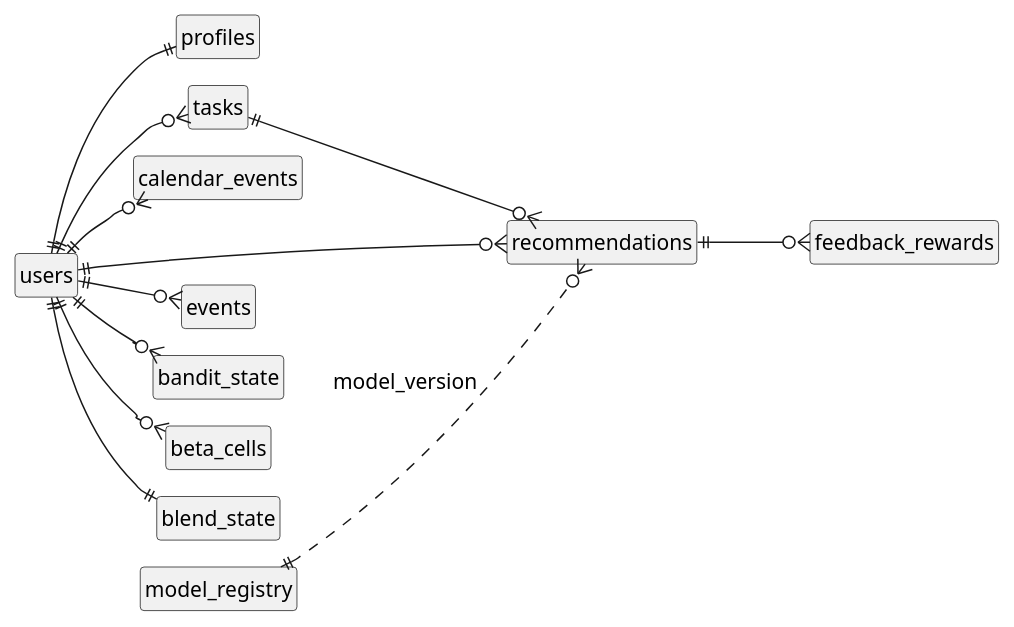
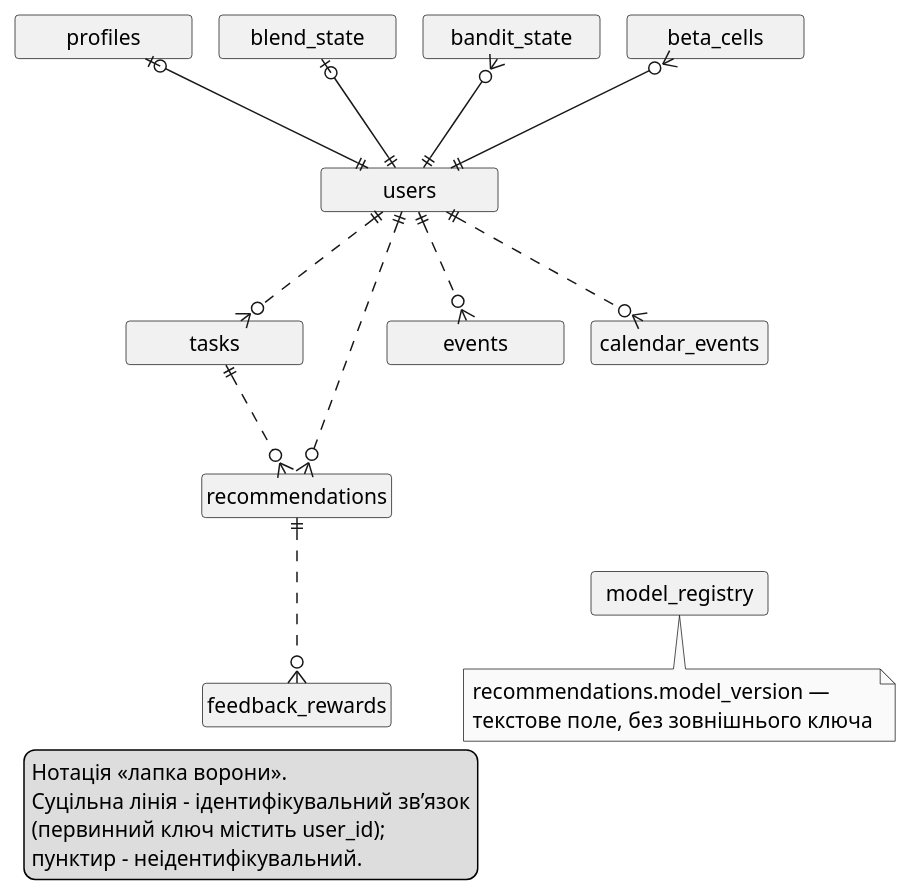
The diagram in docs/thesis/text/diagrams/3-2-er.puml (IKala4I/magister_work), drawn with PlantUML before and after one commit. The commit also changed 17 other files, not shown here.

```diff
--- a/docs/thesis/text/diagrams/3-2-er.puml
+++ b/docs/thesis/text/diagrams/3-2-er.puml
@@ -1,44 +1,62 @@
 @startuml
-' Рисунок 3.2 — Логічна схема бази даних системи (ER-діаграма).
+' Рисунок 3.2 — Схема зв'язків основних таблиць бази даних (нотація «лапка ворони»).
 ' Правило власника (2026-09-29): лише сутності й зв'язки, без полів, не більше, ніж описує текст.
 ' Сутності — перелік підрозділу 3.4; зв'язки — дослівно з тексту плейсхолдера рисунка 3.2. Текст
 ' виправлено за схемою бази (власник, 2026-09-29): стан моделей — три таблиці bandit_state,
 ' beta_cells, blend_state; профіль — profiles. Кардинальності звірено з міграціями: profiles і
 ' blend_state мають ключ user_id (1:1), bandit_state — (user_id, category), beta_cells — комірки
 ' (1:N). recommendations.model_version — текстове поле без зовнішнього ключа, тому пунктир.
 ' PlantUML, а не Mermaid: у Mermaid ребро recommendations — feedback_rewards виходило таким
 ' коротким, що знаки кратності на його кінцях накладалися (адверсарний прохід, 2026-09-29);
 ' тут довжину ребра задає кількість рисок.
+' 2026-11-12 (зовнішня рецензія, звірено з міграціями): profiles і blend_state — 0..1 (рядок
+' з'являється з першою синхронізацією, не з реєстрацією); суцільна лінія — ідентифікувальний зв'язок
+' (первинний ключ містить user_id: profiles, blend_state, bandit_state, beta_cells), пунктир —
+' неідентифікувальний (власний id); model_version — текстове поле без зовнішнього ключа, тому
+' примітка, а не лінія. Лінії від users — у чотири боки, щоб позначки кратності не зливалися.
 !pragma layout smetana
 skinparam defaultFontSize 14
 skinparam defaultFontName Arial
 skinparam monochrome true
 skinparam shadowing false
+skinparam minClassWidth 118
+skinparam nodesep 18
+skinparam ranksep 60
 hide circle
 hide empty members
-left to right direction
+top to bottom direction
 
-entity users
 entity profiles
+entity blend_state
+entity bandit_state
+entity beta_cells
+entity "users" as users
 entity tasks
-entity calendar_events
 entity recommendations
 entity events
+entity calendar_events
 entity feedback_rewards
-entity bandit_state
-entity beta_cells
-entity blend_state
 entity model_registry
 
-users ||--|| profiles
-users ||--o{ tasks
-users ||--o{ recommendations
-tasks ||--o{ recommendations
-recommendations ||---o{ feedback_rewards
-users ||--o{ bandit_state
-users ||--o{ beta_cells
-users ||--|| blend_state
-users ||--o{ events
-users ||--o{ calendar_events
-model_registry ||..o{ recommendations : model_version
+profiles |o---|| users
+blend_state |o---|| users
+bandit_state }o---|| users
+beta_cells }o---|| users
+users ||...o{ tasks
+users ||...o{ recommendations
+users ||...o{ events
+users ||...o{ calendar_events
+tasks ||...o{ recommendations
+recommendations ||...o{ feedback_rewards
+calendar_events -[hidden]--- model_registry
+note bottom of model_registry
+  recommendations.model_version —
+  текстове поле, без зовнішнього ключа
+end note
+legend bottom left
+  Нотація «лапка ворони».
+  Суцільна лінія – ідентифікувальний зв’язок
+  (первинний ключ містить user_id);
+  пунктир – неідентифікувальний.
+endlegend
 @enduml
```
